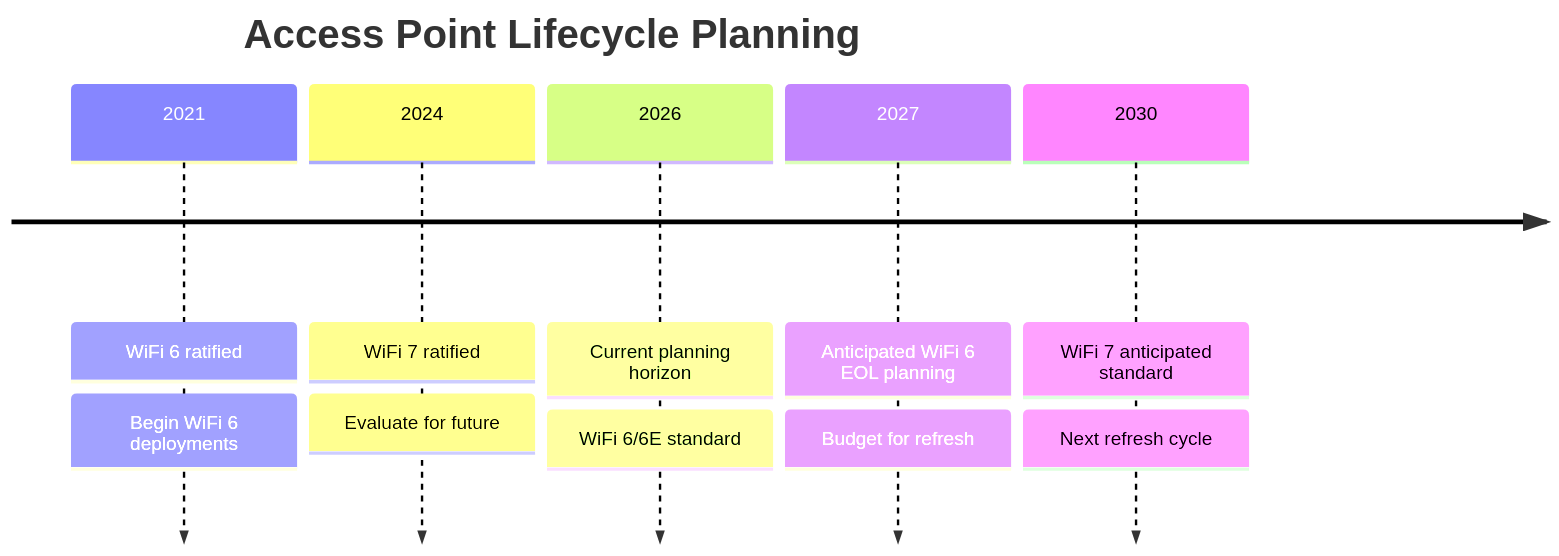
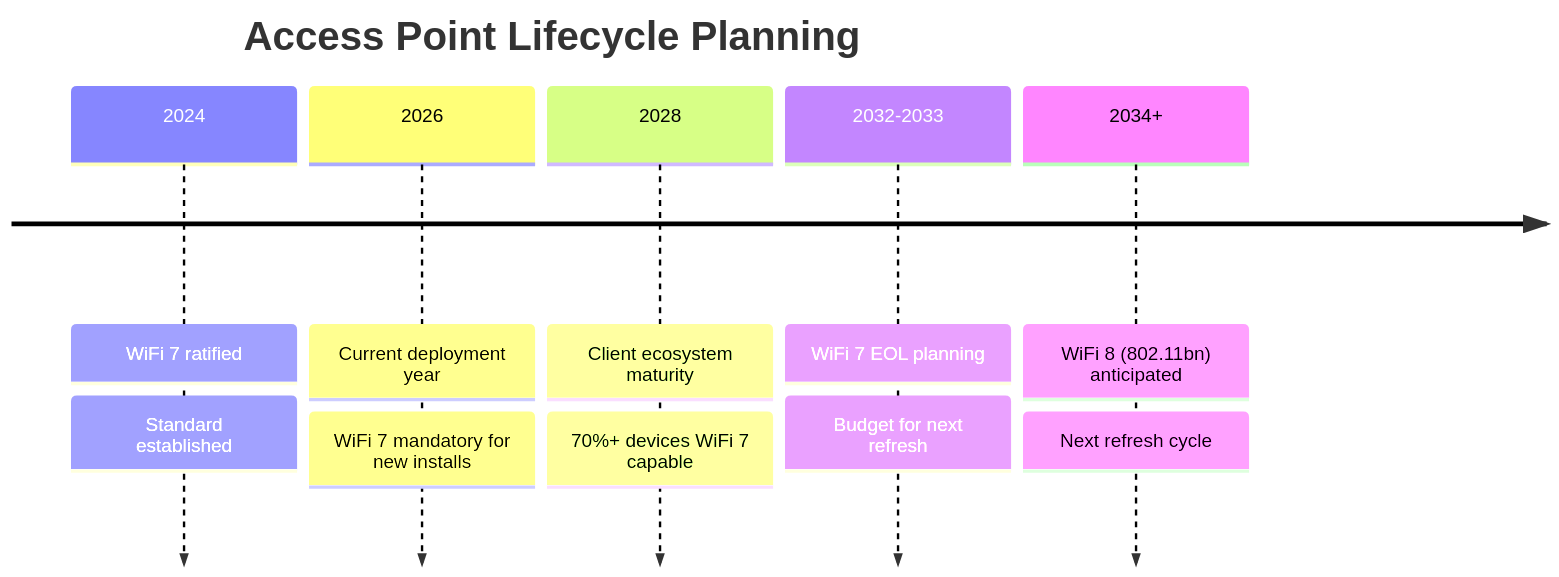
The seventh of 7 diagrams in docs/wifi/access-point-specs.md (NewOrleansITI/networkstandards), drawn with Mermaid before and after one commit. The commit also changed other lines of this file, not shown here.

First line of the commit message:
Update WiFi standard from WiFi 6 to WiFi 7 (802.11be)

````diff
--- a/docs/wifi/access-point-specs.md
+++ b/docs/wifi/access-point-specs.md
@@ -299,9 +359,9 @@
 ```mermaid
 timeline
     title Access Point Lifecycle Planning
-    2021 : WiFi 6 ratified : Begin WiFi 6 deployments
-    2024 : WiFi 7 ratified : Evaluate for future
-    2026 : Current planning horizon : WiFi 6/6E standard
-    2027 : Anticipated WiFi 6 EOL planning : Budget for refresh
-    2030 : WiFi 7 anticipated standard : Next refresh cycle
+    2024 : WiFi 7 ratified : Standard established
+    2026 : Current deployment year : WiFi 7 mandatory for new installs
+    2028 : Client ecosystem maturity : 70%+ devices WiFi 7 capable
+    2032-2033 : WiFi 7 EOL planning : Budget for next refresh
+    2034+ : WiFi 8 (802.11bn) anticipated : Next refresh cycle
 ```
````
